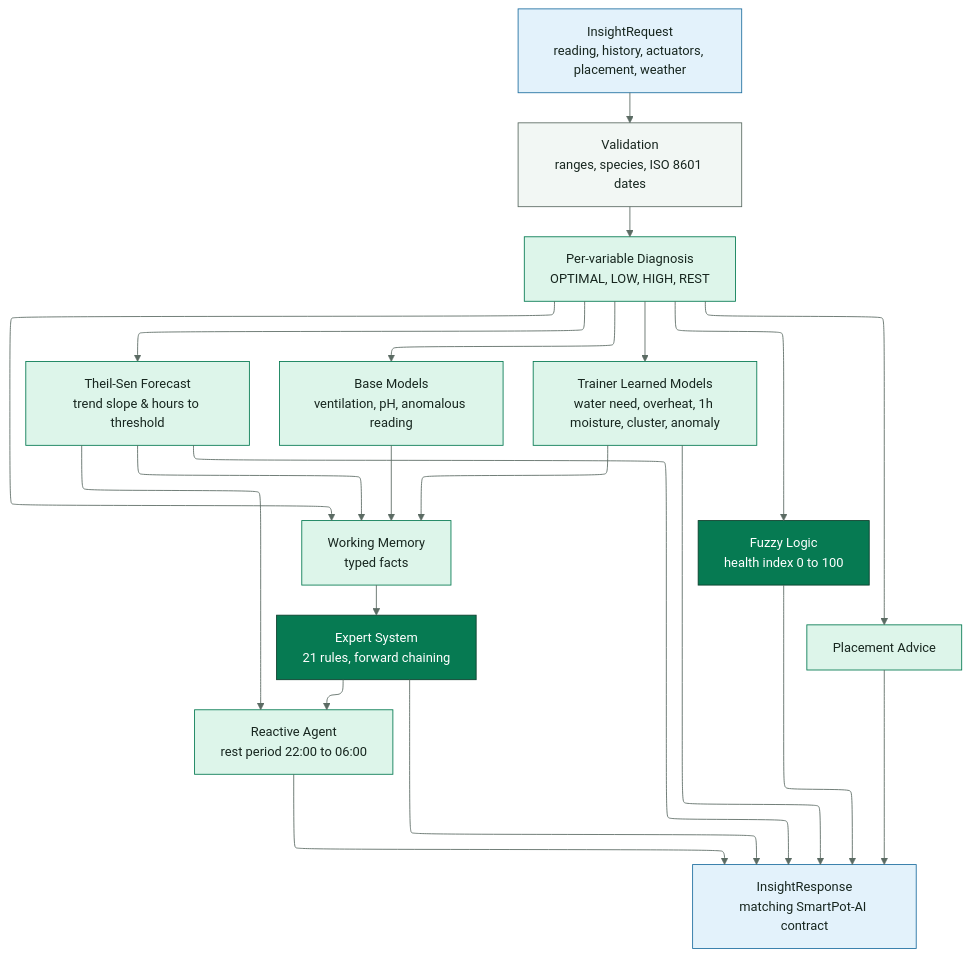
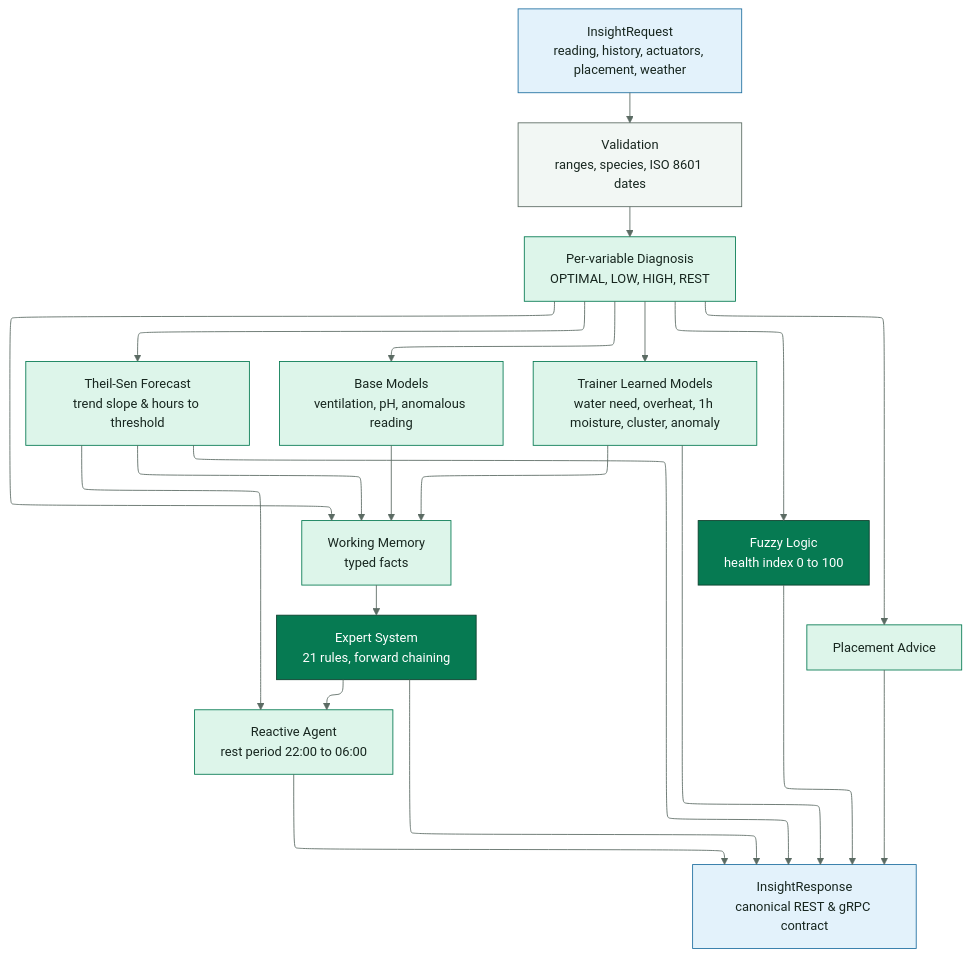
One commit to SmartPotTech/SmartPot-AI changed the second of 6 diagrams in docs/SmartPot_IA_Rust_Documentation.md. Above: the diagram before and after it, drawn with Mermaid. The commit also changed other lines of this file and 4 other files, not shown here.

Commit message:
Update documentation and diagrams to reflect production Stack B [skip deploy] #no-deploy

````diff
--- a/docs/SmartPot_IA_Rust_Documentation.md
+++ b/docs/SmartPot_IA_Rust_Documentation.md
@@ -96,34 +96,34 @@
 ```mermaid
 %%{init: {"theme": "base", "fontFamily": "Segoe UI, Arial, sans-serif", "themeVariables": {"fontFamily": "Segoe UI, Arial, sans-serif", "fontSize": "15px", "primaryColor": "#DDF5EA", "primaryTextColor": "#17261F", "primaryBorderColor": "#067A52", "secondaryColor": "#E3F2FB", "secondaryTextColor": "#17261F", "secondaryBorderColor": "#1F6FA0", "tertiaryColor": "#F2F7F4", "tertiaryTextColor": "#17261F", "tertiaryBorderColor": "#D5E3DC", "lineColor": "#5B6B63", "textColor": "#17261F", "mainBkg": "#DDF5EA", "nodeBorder": "#067A52", "clusterBkg": "#F7FAF8", "clusterBorder": "#D5E3DC", "edgeLabelBackground": "#FFFFFF", "actorBkg": "#067A52", "actorBorder": "#0B3D2B", "actorTextColor": "#FFFFFF", "actorLineColor": "#5B6B63", "signalColor": "#17261F", "signalTextColor": "#17261F", "labelBoxBkgColor": "#0B3D2B", "labelBoxBorderColor": "#0B3D2B", "labelTextColor": "#FFFFFF", "loopTextColor": "#0B3D2B", "noteBkgColor": "#FDF4DD", "noteBorderColor": "#C98D12", "noteTextColor": "#17261F", "activationBkgColor": "#DDF5EA", "activationBorderColor": "#067A52", "attributeBackgroundColorOdd": "#FFFFFF", "attributeBackgroundColorEven": "#F2F7F4"}, "layout": "elk", "elk": {"nodePlacementStrategy": "BRANDES_KOEPF", "mergeEdges": false, "cycleBreakingStrategy": "GREEDY"}}}%%
 flowchart TB
   request["InsightRequest<br/>reading, history, actuators, placement, weather"]
   validate["Validation<br/>ranges, species, ISO 8601 dates"]
   diagnosis["Per-variable Diagnosis<br/>OPTIMAL, LOW, HIGH, REST"]
   forecast["Theil-Sen Forecast<br/>trend slope & hours to threshold"]
   base["Base Models<br/>ventilation, pH, anomalous reading"]
   learned["Trainer Learned Models<br/>water need, overheat, 1h moisture, cluster, anomaly"]
   memory["Working Memory<br/>typed facts"]
   rules["Expert System<br/>21 rules, forward chaining"]
   fuzzy["Fuzzy Logic<br/>health index 0 to 100"]
   agent["Reactive Agent<br/>rest period 22:00 to 06:00"]
   place["Placement Advice"]
-  response["InsightResponse<br/>matching SmartPot-AI contract"]
+  response["InsightResponse<br/>canonical REST & gRPC contract"]
   request --> validate --> diagnosis
   diagnosis --> forecast & base & learned & fuzzy
   forecast & base & learned & diagnosis --> memory
   memory --> rules
   rules --> agent
   forecast --> agent
   diagnosis --> place
   fuzzy & rules & agent & place & forecast & learned --> response
   classDef leaf fill:#DDF5EA,stroke:#067A52,color:#17261F
   classDef water fill:#E3F2FB,stroke:#1F6FA0,color:#17261F
   classDef sun fill:#FDF4DD,stroke:#C98D12,color:#17261F
   classDef clay fill:#FBE9E1,stroke:#B85A38,color:#17261F
   classDef core fill:#067A52,stroke:#0B3D2B,color:#FFFFFF
   classDef muted fill:#F2F7F4,stroke:#5B6B63,color:#17261F
   class request,response water
   class validate muted
   class rules,fuzzy core
   class diagnosis,forecast,base,learned,memory,agent,place leaf
 ```
````
